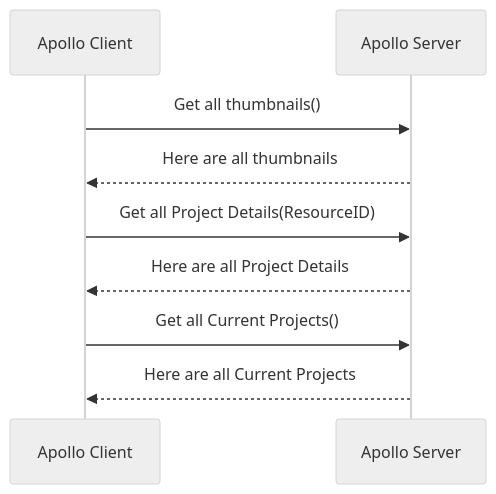
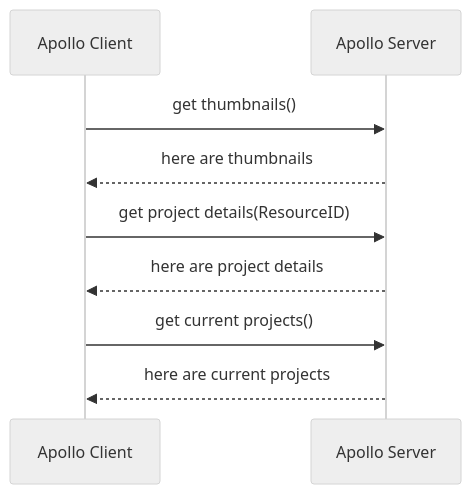
The first of 3 diagrams in data-flow/all-data-flow.md (taylorhahn27/arch-docs), drawn with Mermaid (neutral theme) before and after one commit. The commit also changed other lines of this file and 3 other files, not shown here.

````diff
--- a/data-flow/all-data-flow.md
+++ b/data-flow/all-data-flow.md
@@ -5,9 +5,9 @@
 ```mermaid
 sequenceDiagram
-    Apollo Client->>Apollo Server: Get all thumbnails()
-    Apollo Server-->>Apollo Client: Here are all thumbnails
-    Apollo Client->>Apollo Server: Get all Project Details(ResourceID)
-    Apollo Server-->>Apollo Client: Here are all Project Details
-    Apollo Client->>Apollo Server: Get all Current Projects()
-    Apollo Server-->>Apollo Client: Here are all Current Projects
+    Apollo Client->>Apollo Server: get thumbnails()
+    Apollo Server-->>Apollo Client: here are thumbnails
+    Apollo Client->>Apollo Server: get project details(ResourceID)
+    Apollo Server-->>Apollo Client: here are project details
+    Apollo Client->>Apollo Server: get current projects()
+    Apollo Server-->>Apollo Client: here are current projects
 ```
````
